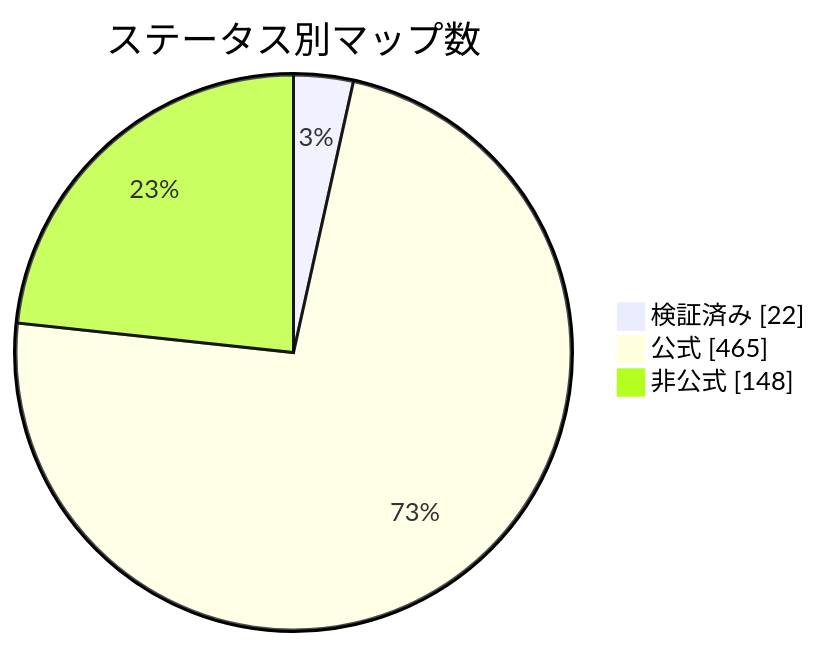
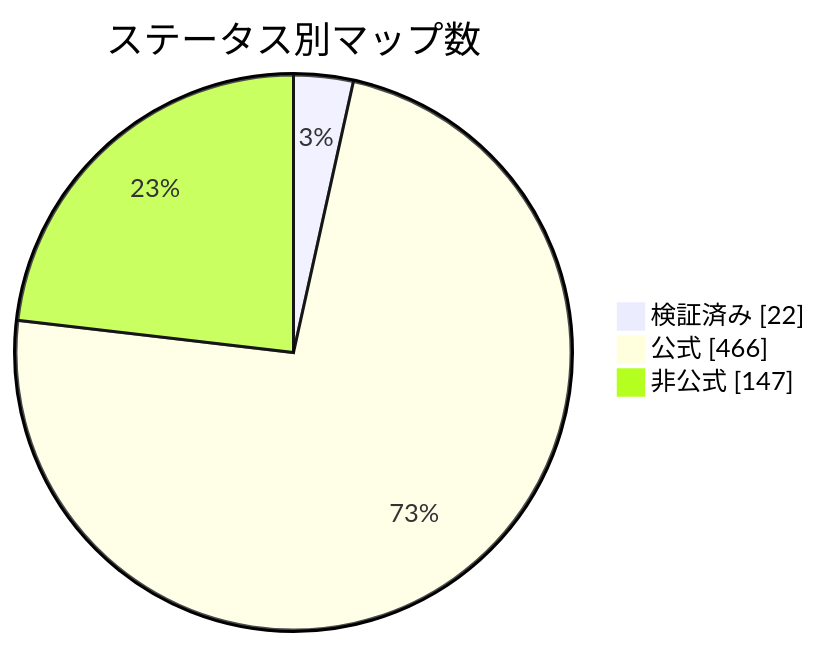
The diagram in docs/readme/README_JP.md (nobrega8/mbmap-library), drawn with Mermaid before and after one commit. The commit also changed 6 other files, not shown here.

````diff
--- a/docs/readme/README_JP.md
+++ b/docs/readme/README_JP.md
@@ -54,7 +54,7 @@
 ```mermaid
 pie showData
     title ステータス別マップ数
     "検証済み" : 22
-    "公式" : 465
-    "非公式" : 148
+    "公式" : 466
+    "非公式" : 147
 ```
````
